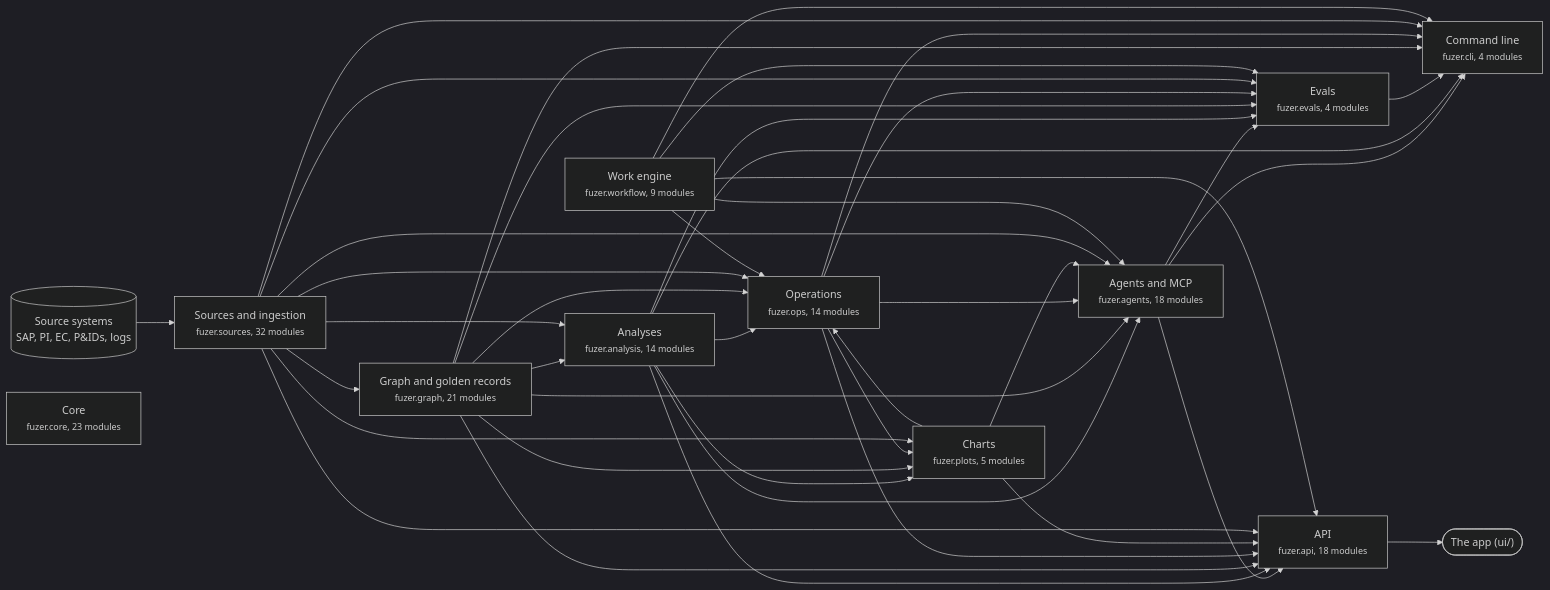
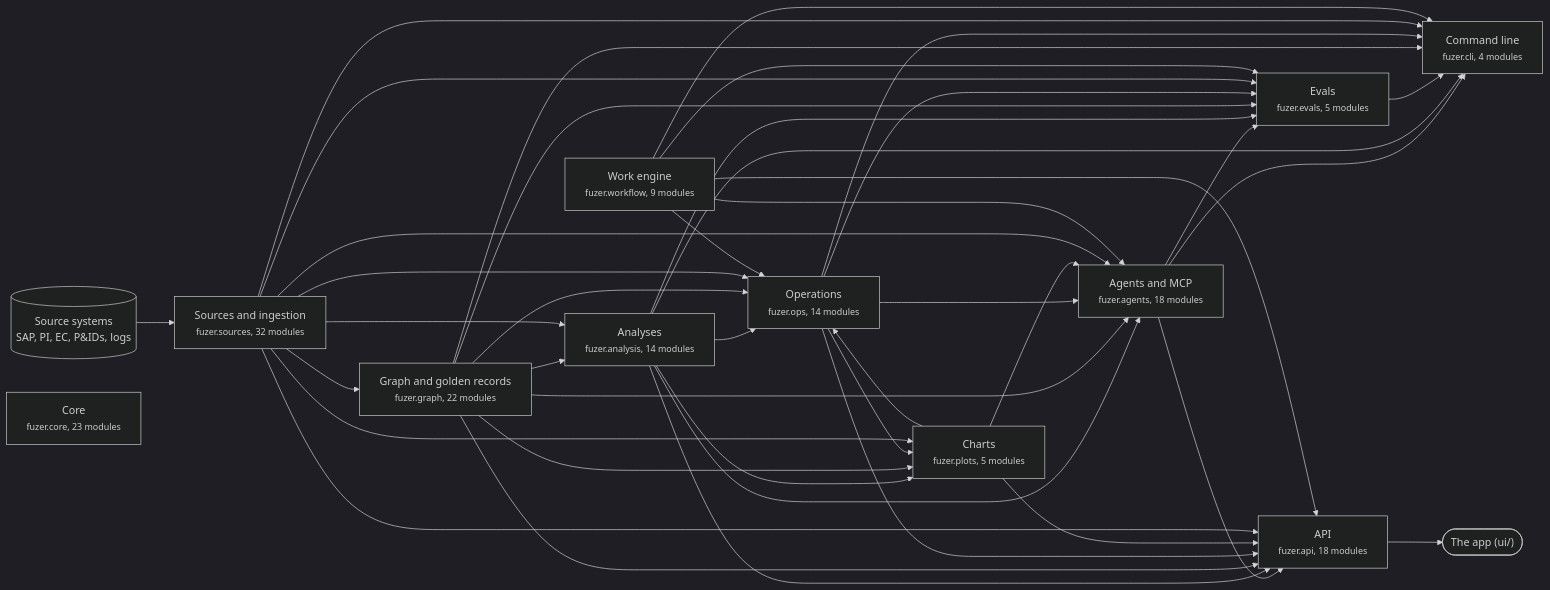
One commit to areed145/fuzer changed the first of 3 diagrams in docs/architecture.md. Above: the diagram before and after it, drawn with Mermaid (dark theme). The commit also changed other lines of this file and 12 other files, not shown here.

````diff
--- a/docs/architecture.md
+++ b/docs/architecture.md
@@ -8,66 +8,66 @@
 ```mermaid
 flowchart LR
   systems[("Source systems<br>SAP, PI, EC, P&IDs, logs")] --> c_sources
   app(["The app (ui/)"])
   c_api --> app
   c_sources["Sources and ingestion<br><small>fuzer.sources, 32 modules</small>"]
-  c_graph["Graph and golden records<br><small>fuzer.graph, 21 modules</small>"]
+  c_graph["Graph and golden records<br><small>fuzer.graph, 22 modules</small>"]
   c_analysis["Analyses<br><small>fuzer.analysis, 14 modules</small>"]
   c_ops["Operations<br><small>fuzer.ops, 14 modules</small>"]
   c_plots["Charts<br><small>fuzer.plots, 5 modules</small>"]
   c_workflow["Work engine<br><small>fuzer.workflow, 9 modules</small>"]
   c_agents["Agents and MCP<br><small>fuzer.agents, 18 modules</small>"]
-  c_evals["Evals<br><small>fuzer.evals, 4 modules</small>"]
+  c_evals["Evals<br><small>fuzer.evals, 5 modules</small>"]
   c_api["API<br><small>fuzer.api, 18 modules</small>"]
   c_cli["Command line<br><small>fuzer.cli, 4 modules</small>"]
   c_core["Core<br><small>fuzer.core, 23 modules</small>"]
   c_sources --> c_graph
   c_graph --> c_analysis
   c_sources --> c_analysis
   c_analysis --> c_ops
   c_graph --> c_ops
   c_plots --> c_ops
   c_sources --> c_ops
   c_workflow --> c_ops
   c_analysis --> c_plots
   c_graph --> c_plots
   c_ops --> c_plots
   c_sources --> c_plots
   c_analysis --> c_agents
   c_graph --> c_agents
   c_ops --> c_agents
   c_plots --> c_agents
   c_sources --> c_agents
   c_workflow --> c_agents
   c_agents --> c_evals
   c_analysis --> c_evals
   c_graph --> c_evals
   c_ops --> c_evals
   c_sources --> c_evals
   c_workflow --> c_evals
   c_agents --> c_api
   c_analysis --> c_api
   c_graph --> c_api
   c_ops --> c_api
   c_plots --> c_api
   c_sources --> c_api
   c_workflow --> c_api
   c_agents --> c_cli
   c_analysis --> c_cli
   c_evals --> c_cli
   c_graph --> c_cli
   c_ops --> c_cli
   c_sources --> c_cli
   c_workflow --> c_cli
   click c_sources "https://github.com/areed145/fuzer/tree/main/src/fuzer/sources"
   click c_graph "https://github.com/areed145/fuzer/tree/main/src/fuzer/graph"
   click c_analysis "https://github.com/areed145/fuzer/tree/main/src/fuzer/analysis"
   click c_ops "https://github.com/areed145/fuzer/tree/main/src/fuzer/ops"
   click c_plots "https://github.com/areed145/fuzer/tree/main/src/fuzer/plots"
   click c_workflow "https://github.com/areed145/fuzer/tree/main/src/fuzer/workflow"
   click c_agents "https://github.com/areed145/fuzer/tree/main/src/fuzer/agents"
   click c_evals "https://github.com/areed145/fuzer/tree/main/src/fuzer/evals"
   click c_api "https://github.com/areed145/fuzer/tree/main/src/fuzer/api"
   click c_cli "https://github.com/areed145/fuzer/tree/main/src/fuzer/cli"
   click c_core "https://github.com/areed145/fuzer/tree/main/src/fuzer/core"
 ```
````
